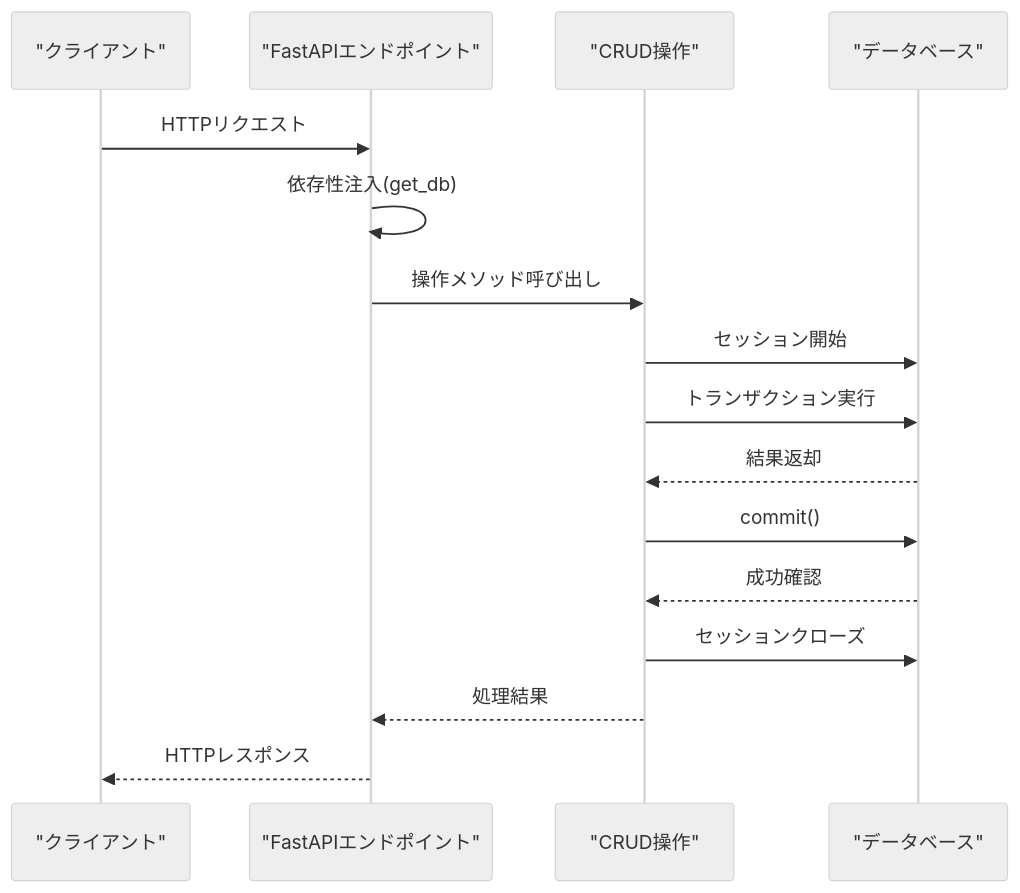
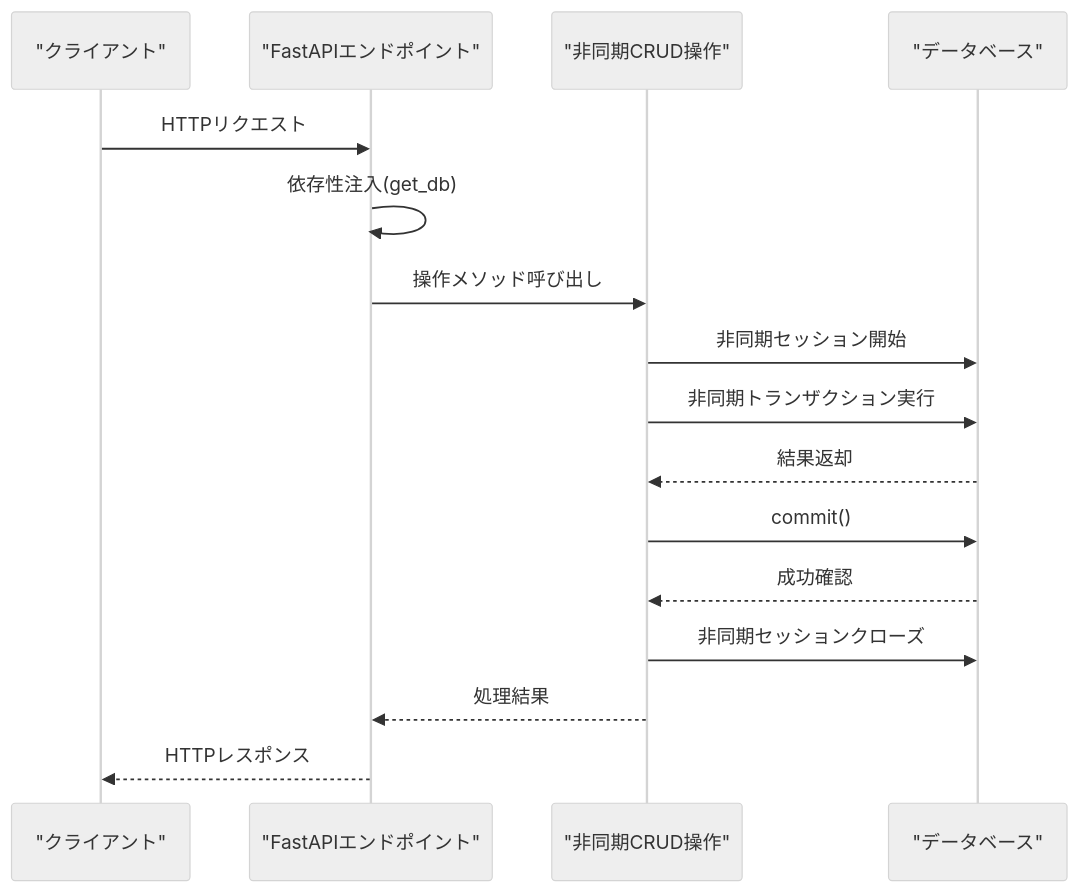
The fifth of 8 diagrams in .qoder/repowiki/ja/content/アーキテクチャ/データベースアーキテクチャ.md (ss8806/Todos), drawn with Mermaid (neutral theme) before and after one commit. The commit also changed other lines of this file and 11 other files, not shown here.

````diff
--- a/.qoder/repowiki/ja/content/アーキテクチャ/データベースアーキテクチャ.md
+++ b/.qoder/repowiki/ja/content/アーキテクチャ/データベースアーキテクチャ.md
@@ -206,18 +232,18 @@
 ```mermaid
 sequenceDiagram
 participant Client as "クライアント"
 participant API as "FastAPIエンドポイント"
-participant CRUD as "CRUD操作"
+participant CRUD as "非同期CRUD操作"
 participant DB as "データベース"
 Client->>API : HTTPリクエスト
 API->>API : 依存性注入(get_db)
 API->>CRUD : 操作メソッド呼び出し
-CRUD->>DB : セッション開始
-CRUD->>DB : トランザクション実行
+CRUD->>DB : 非同期セッション開始
+CRUD->>DB : 非同期トランザクション実行
 DB-->>CRUD : 結果返却
 CRUD->>DB : commit()
 DB-->>CRUD : 成功確認
-CRUD->>DB : セッションクローズ
+CRUD->>DB : 非同期セッションクローズ
 CRUD-->>API : 処理結果
 API-->>Client : HTTPレスポンス
 ```
````
